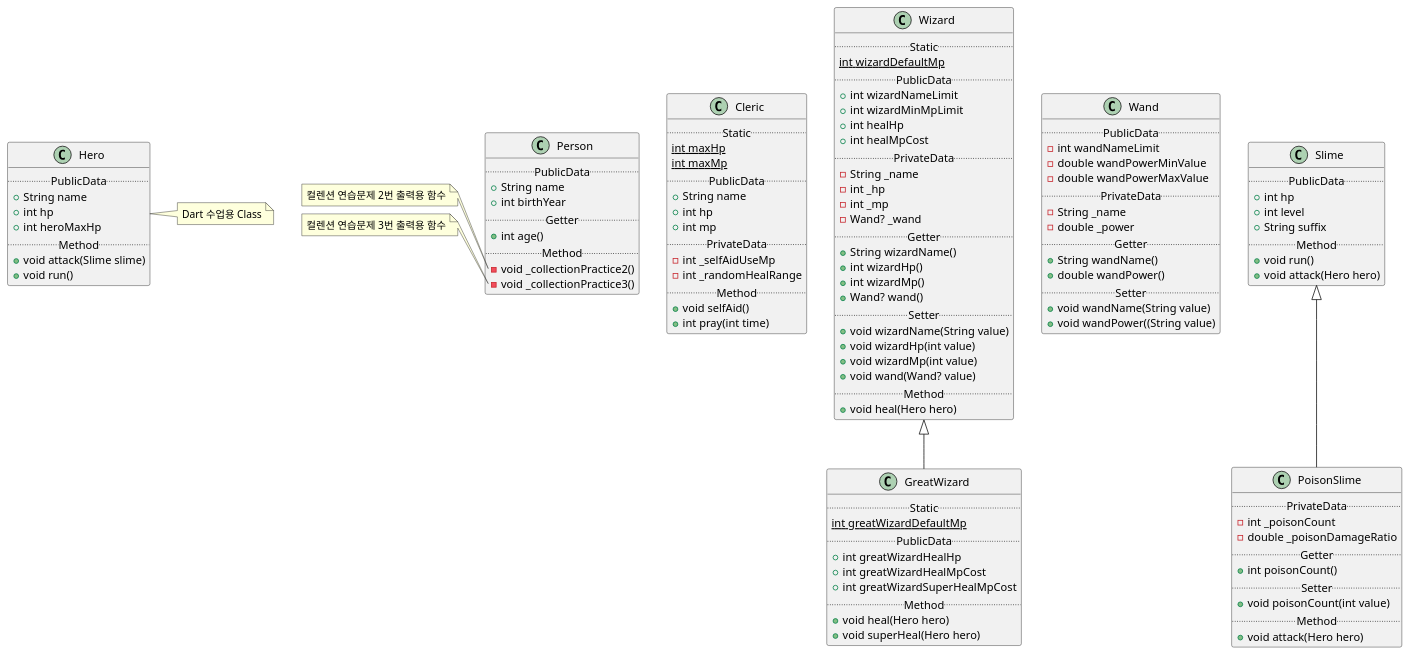
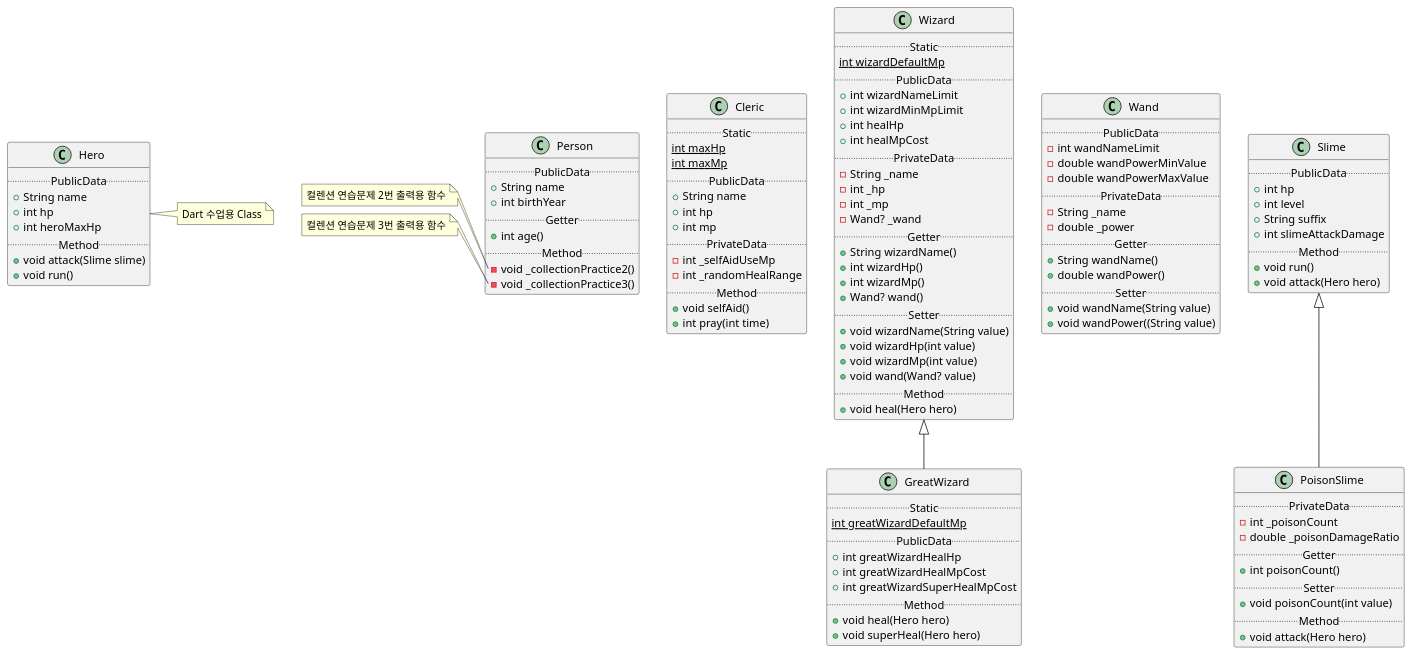
One commit to SurvivalCodingCampus/sesac7_dart_study changed the diagram in lib/game.puml. Above: the diagram before and after it, drawn with PlantUML.

Commit message:
docs: game puml Slime Class slimeAttackDamage 추가 작성

```diff
--- a/lib/game.puml
+++ b/lib/game.puml
@@ -1,126 +1,127 @@
 @startuml
 scale 1
 class Cleric {
     ..Static..
     {static}int maxHp
     {static}int maxMp
     ..PublicData..
     +String name
     +int hp
     +int mp
     ..PrivateData..
     -int _selfAidUseMp
     -int _randomHealRange
     ..Method..
     +void selfAid()
     +int pray(int time)
 }
 
 class Hero {
     ..PublicData..
     +String name
     +int hp
     +int heroMaxHp
     ..Method..
     +void attack(Slime slime)
     +void run()
 }
 
 class Wizard {
     ..Static..
     {static}int wizardDefaultMp
     ..PublicData..
     +int wizardNameLimit
     +int wizardMinMpLimit
     +int healHp
     +int healMpCost
     ..PrivateData..
     -String _name
     -int _hp
     -int _mp
     -Wand? _wand
     ..Getter..
     +String wizardName()
     +int wizardHp()
     +int wizardMp()
     +Wand? wand()
     ..Setter..
     +void wizardName(String value)
     +void wizardHp(int value)
     +void wizardMp(int value)
     +void wand(Wand? value)
     ..Method..
     +void heal(Hero hero)
 }
 
 class GreatWizard extends Wizard {
     ..Static..
     {static}int greatWizardDefaultMp
     ..PublicData..
     +int greatWizardHealHp
     +int greatWizardHealMpCost
     +int greatWizardSuperHealMpCost
     ..Method..
     +void heal(Hero hero)
     +void superHeal(Hero hero)
 }
 
 class Wand {
     ..PublicData..
     -int wandNameLimit
     -double wandPowerMinValue
     -double wandPowerMaxValue
     ..PrivateData..
     -String _name
     -double _power
     ..Getter..
     +String wandName()
     +double wandPower()
     ..Setter..
     +void wandName(String value)
     +void wandPower((String value)
 }
 
 class Person {
     ..PublicData..
     +String name
     +int birthYear
     ..Getter..
     +int age()
     ..Method..
     -void _collectionPractice2()
     -void _collectionPractice3()
 }
 
 class Slime {
     ..PublicData..
     +int hp
     +int level
     +String suffix
+    +int slimeAttackDamage
     ..Method..
     +void run()
     +void attack(Hero hero)
 }
 
 class PoisonSlime extends Slime {
     ..PrivateData..
     -int _poisonCount
     -double _poisonDamageRatio
     ..Getter..
     +int poisonCount()
     ..Setter..
     +void poisonCount(int value)
     ..Method..
     +void attack(Hero hero)
 }
 
 note right of Hero
     Dart 수업용 Class
 end note
 note left of Person::_collectionPractice2
     컬렌션 연습문제 2번 출력용 함수
 end note
 note left of Person::_collectionPractice3
     컬렌션 연습문제 3번 출력용 함수
 end note
 @enduml
```
